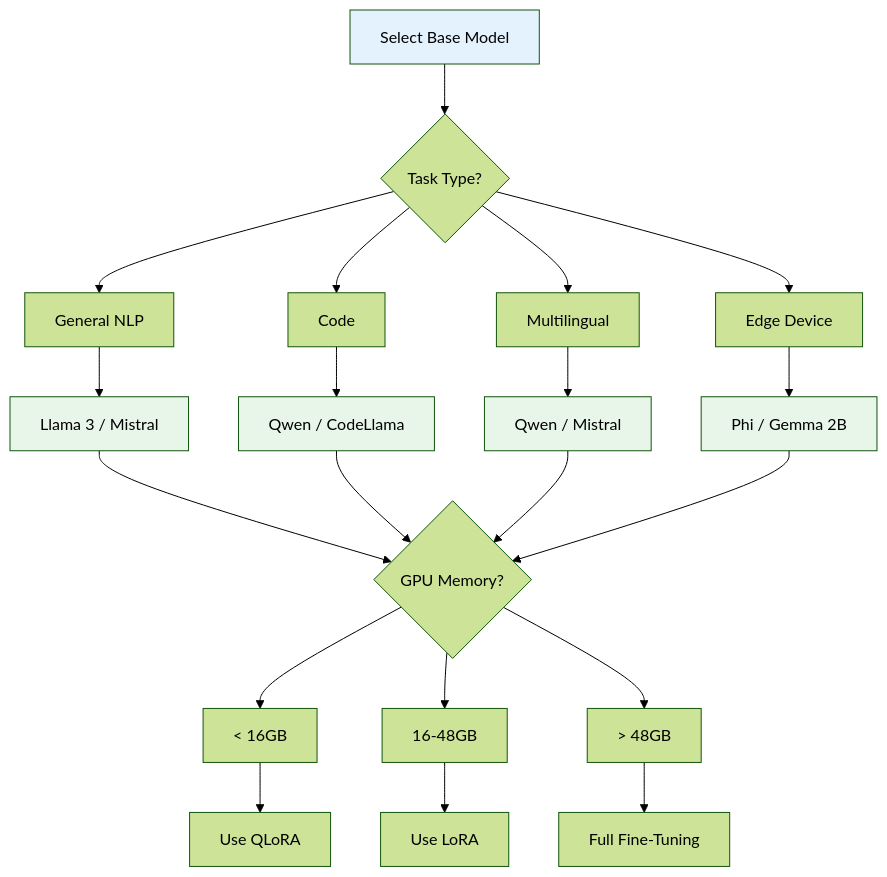
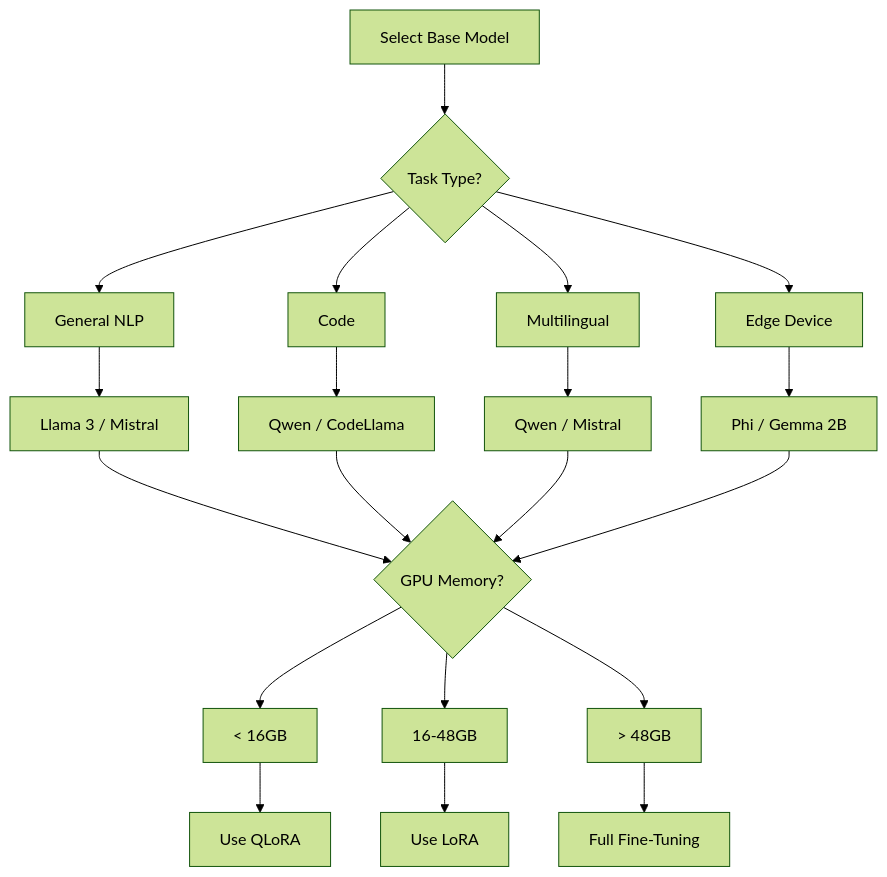
The third of 3 diagrams in content/Concepts/model-selection-llm.md (xdflatline/quartz), drawn with Mermaid (forest theme) before and after one commit. The commit also changed other lines of this file and 6 other files, not shown here.

````diff
--- a/content/Concepts/model-selection-llm.md
+++ b/content/Concepts/model-selection-llm.md
@@ -138,23 +134,18 @@
 ```mermaid
 graph TD
     A[Select Base Model] --> B{Task Type?}
     B --> C[General NLP] --> D[Llama 3 / Mistral]
     B --> E[Code] --> F[Qwen / CodeLlama]
     B --> G[Multilingual] --> H[Qwen / Mistral]
     B --> I[Edge Device] --> J[Phi / Gemma 2B]
     
     D --> K{GPU Memory?}
     F --> K
     H --> K
     J --> K
     
     K --> L[< 16GB] --> M[Use QLoRA]
     K --> N[16-48GB] --> O[Use LoRA]
     K --> P[> 48GB] --> Q[Full Fine-Tuning]
     
-    style A fill:#e3f2fd
-    style D fill:#e8f5e9
-    style F fill:#e8f5e9
-    style H fill:#e8f5e9
-    style J fill:#e8f5e9
 ```
````
